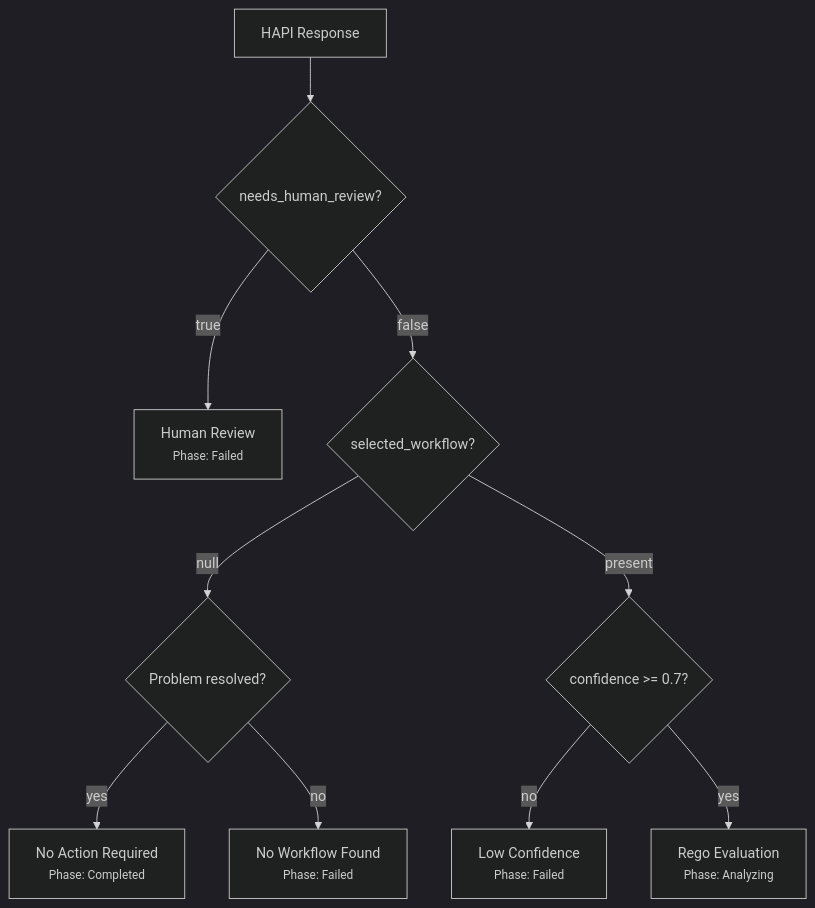
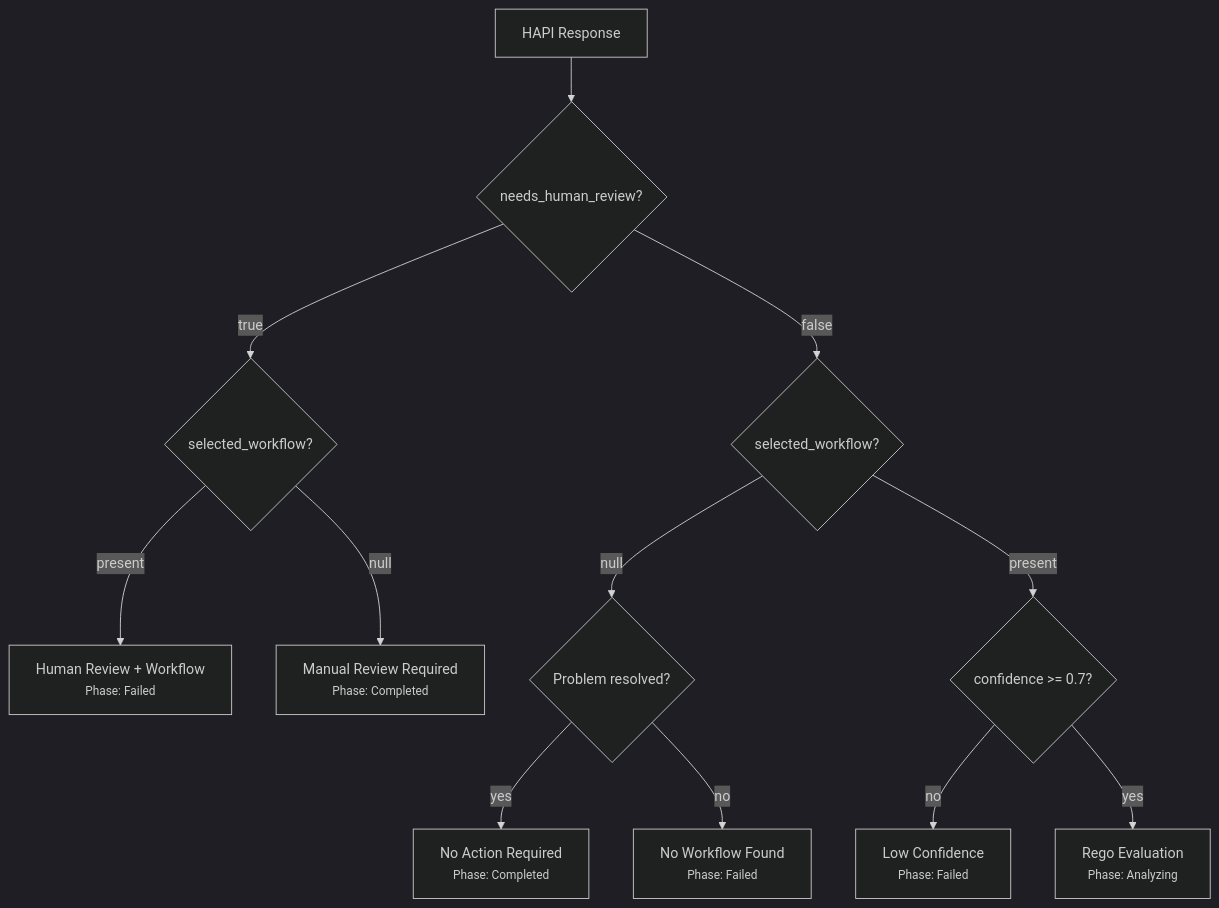
Before and after one commit to jordigilh/kubernaut-docs: the third of 3 diagrams in docs/architecture/hapi-investigation.md, drawn with Mermaid (dark theme). The commit also changed other lines of this file and 6 other files, not shown here.

First line of the commit message:
docs: fix HAPI workflow selection, routing diagrams, and ManualReviewRequired paths

````diff
--- a/docs/architecture/hapi-investigation.md
+++ b/docs/architecture/hapi-investigation.md
@@ -413,12 +413,14 @@
 ```mermaid
 flowchart TD
     HAPI["HAPI Response"] --> NHR{"needs_human_review?"}
-    NHR -->|true| HumanReview["Human Review<br/><small>Phase: Failed</small>"]
+    NHR -->|true| HasWFReview{"selected_workflow?"}
+    HasWFReview -->|present| HRFailed["Human Review + Workflow<br/><small>Phase: Failed</small>"]
+    HasWFReview -->|null| HRCompleted["Manual Review Required<br/><small>Phase: Completed</small>"]
     NHR -->|false| HasWF{"selected_workflow?"}
     HasWF -->|null| Resolved{"Problem resolved?"}
     HasWF -->|present| Confidence{"confidence >= 0.7?"}
     Resolved -->|yes| NoAction["No Action Required<br/><small>Phase: Completed</small>"]
     Resolved -->|no| NoWFFailure["No Workflow Found<br/><small>Phase: Failed</small>"]
     Confidence -->|no| LowConf["Low Confidence<br/><small>Phase: Failed</small>"]
     Confidence -->|yes| Rego["Rego Evaluation<br/><small>Phase: Analyzing</small>"]
 ```
````
